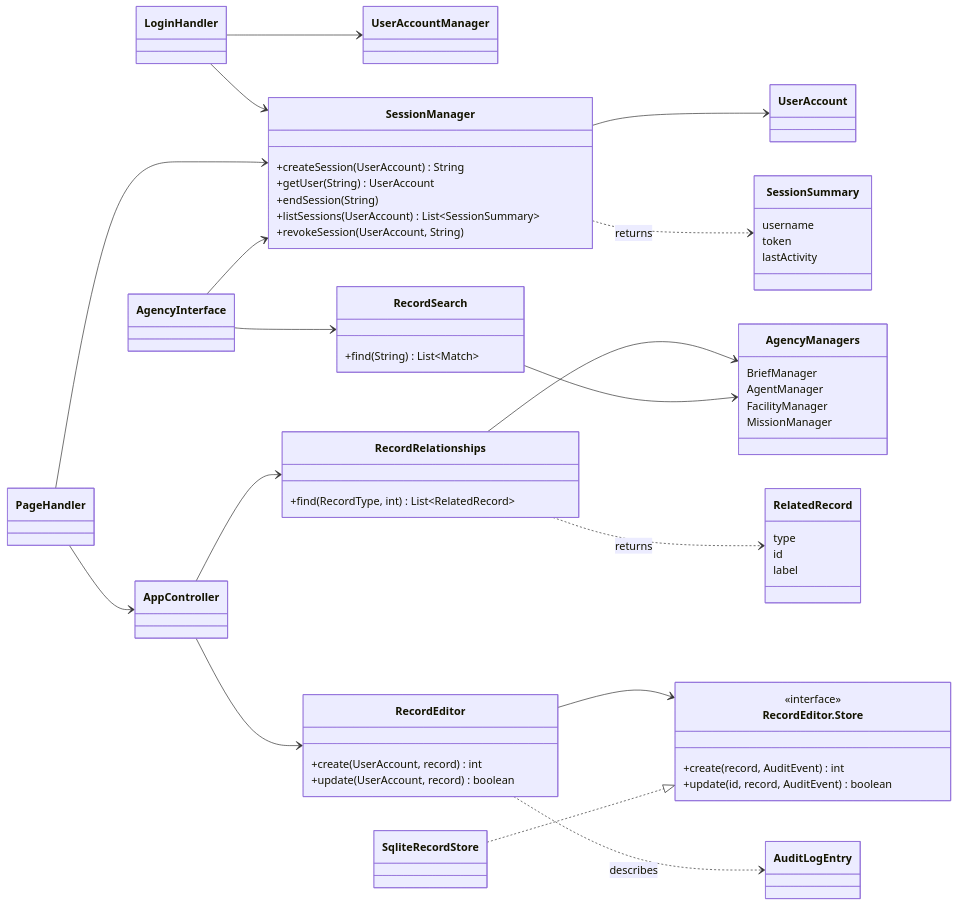
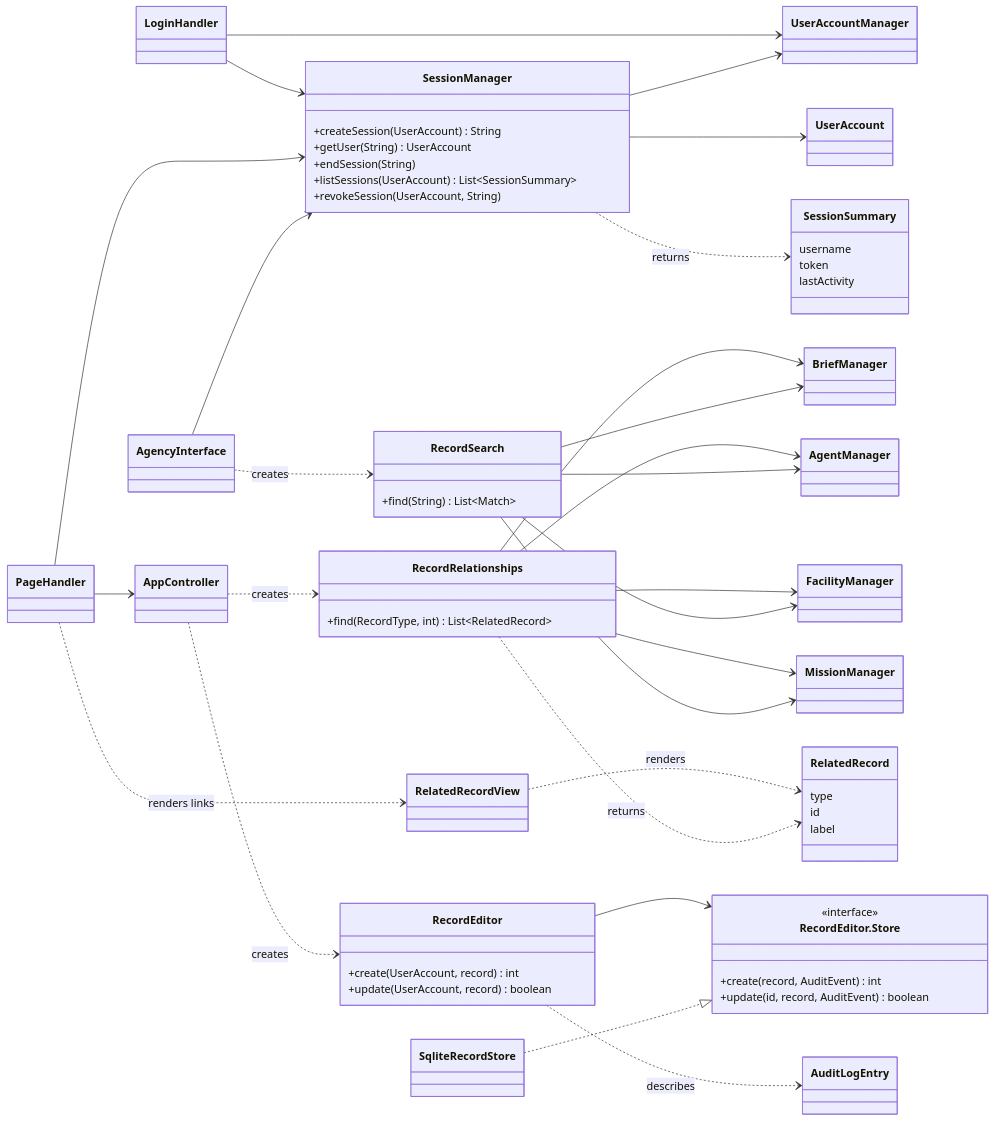
The first of 2 diagrams in docs/team-d/DESIGN.md (fa26-cs3140/2-15-TopSecret), drawn with Mermaid before and after one commit. The commit also changed 37 other files, not shown here.

Commit message:
docs: consolidate current diagrams and remove superseded references

````diff
--- a/docs/team-d/DESIGN.md
+++ b/docs/team-d/DESIGN.md
@@ -8,67 +8,75 @@
 ```mermaid
 classDiagram
     direction LR
     class UserAccount
     class UserAccountManager
     class LoginHandler
     class PageHandler
     class AppController
     class SessionManager {
         +createSession(UserAccount) String
         +getUser(String) UserAccount
         +endSession(String)
         +listSessions(UserAccount) List~SessionSummary~
         +revokeSession(UserAccount, String)
     }
     class SessionSummary {
         username
         token
         lastActivity
     }
     class AgencyInterface
     class RecordEditor {
         +create(UserAccount, record) int
         +update(UserAccount, record) boolean
     }
     class EditStore["RecordEditor.Store"] {
         <<interface>>
         +create(record, AuditEvent) int
         +update(id, record, AuditEvent) boolean
     }
     class SqliteRecordStore
     class AuditLogEntry
     class RecordSearch {
         +find(String) List~Match~
     }
     class RecordRelationships {
         +find(RecordType, int) List~RelatedRecord~
     }
     class RelatedRecord {
         type
         id
         label
     }
-    class AgencyManagers {
-        BriefManager
-        AgentManager
-        FacilityManager
-        MissionManager
-    }
+    class BriefManager
+    class AgentManager
+    class FacilityManager
+    class MissionManager
+    class RelatedRecordView
 
     LoginHandler --> UserAccountManager
     LoginHandler --> SessionManager
     PageHandler --> SessionManager
     PageHandler --> AppController
+    PageHandler ..> RelatedRecordView : renders links
+    RelatedRecordView ..> RelatedRecord : renders
+    SessionManager --> UserAccountManager
     SessionManager --> UserAccount
     SessionManager ..> SessionSummary : returns
     RecordEditor --> EditStore
     RecordEditor ..> AuditLogEntry : describes
-    RecordRelationships --> AgencyManagers
+    RecordRelationships --> BriefManager
+    RecordRelationships --> AgentManager
+    RecordRelationships --> FacilityManager
+    RecordRelationships --> MissionManager
     RecordRelationships ..> RelatedRecord : returns
-    RecordSearch --> AgencyManagers
-    AppController --> RecordRelationships
-    AppController --> RecordEditor
+    RecordSearch --> BriefManager
+    RecordSearch --> AgentManager
+    RecordSearch --> FacilityManager
+    RecordSearch --> MissionManager
+    AppController ..> RecordRelationships : creates
+    AppController ..> RecordEditor : creates
     SqliteRecordStore ..|> EditStore
-    AgencyInterface --> RecordSearch
+    AgencyInterface ..> RecordSearch : creates
     AgencyInterface --> SessionManager
 ```
````
